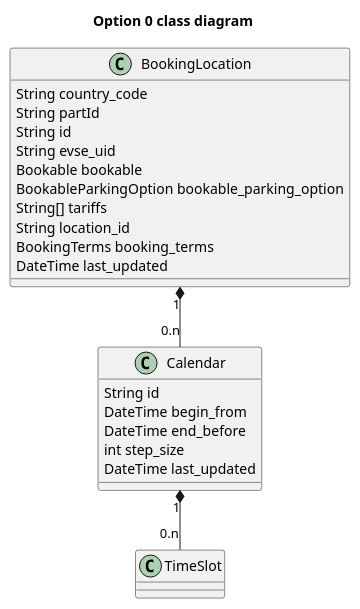
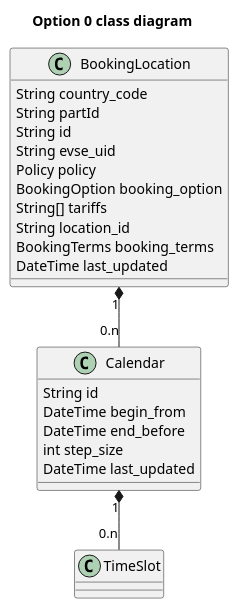
One commit to ocpi/ocpi changed the diagram in plantuml/booking-location-calendar-class-diagram.plantuml. Above: the diagram before and after it, drawn with PlantUML. The commit also changed 6 other files, not shown here.

```diff
--- a/plantuml/booking-location-calendar-class-diagram.plantuml
+++ b/plantuml/booking-location-calendar-class-diagram.plantuml
@@ -1,28 +1,28 @@
 @startuml
 title Option 0 class diagram
 
 Class BookingLocation {
    String country_code
    String partId
    String id
    String evse_uid
-   Bookable bookable
-   BookableParkingOption bookable_parking_option
+   Policy policy
+   BookingOption booking_option
    String[] tariffs
    String location_id
    BookingTerms booking_terms
    DateTime last_updated
 }
 
 Class Calendar {
    String id
    DateTime begin_from
    DateTime end_before
    int step_size
    DateTime last_updated
 }
 
 BookingLocation "1" *-- "0.n" Calendar
 Calendar "1" *-- "0.n" TimeSlot
 
 @enduml
```
